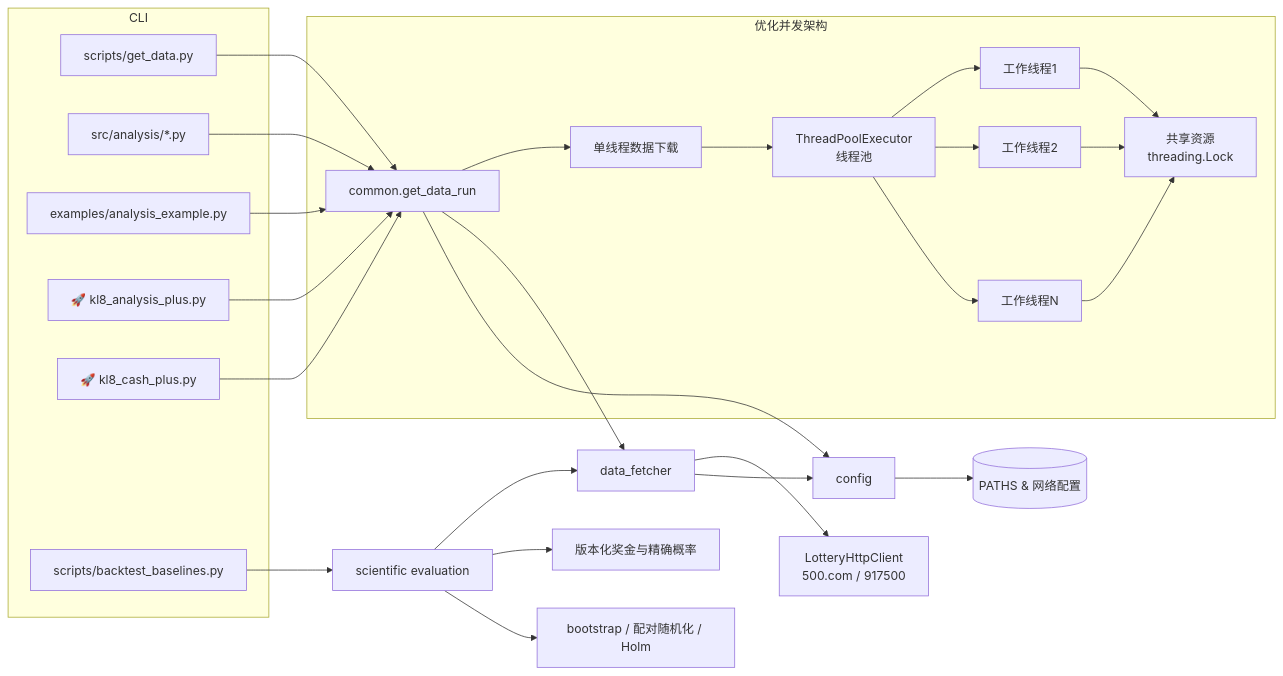
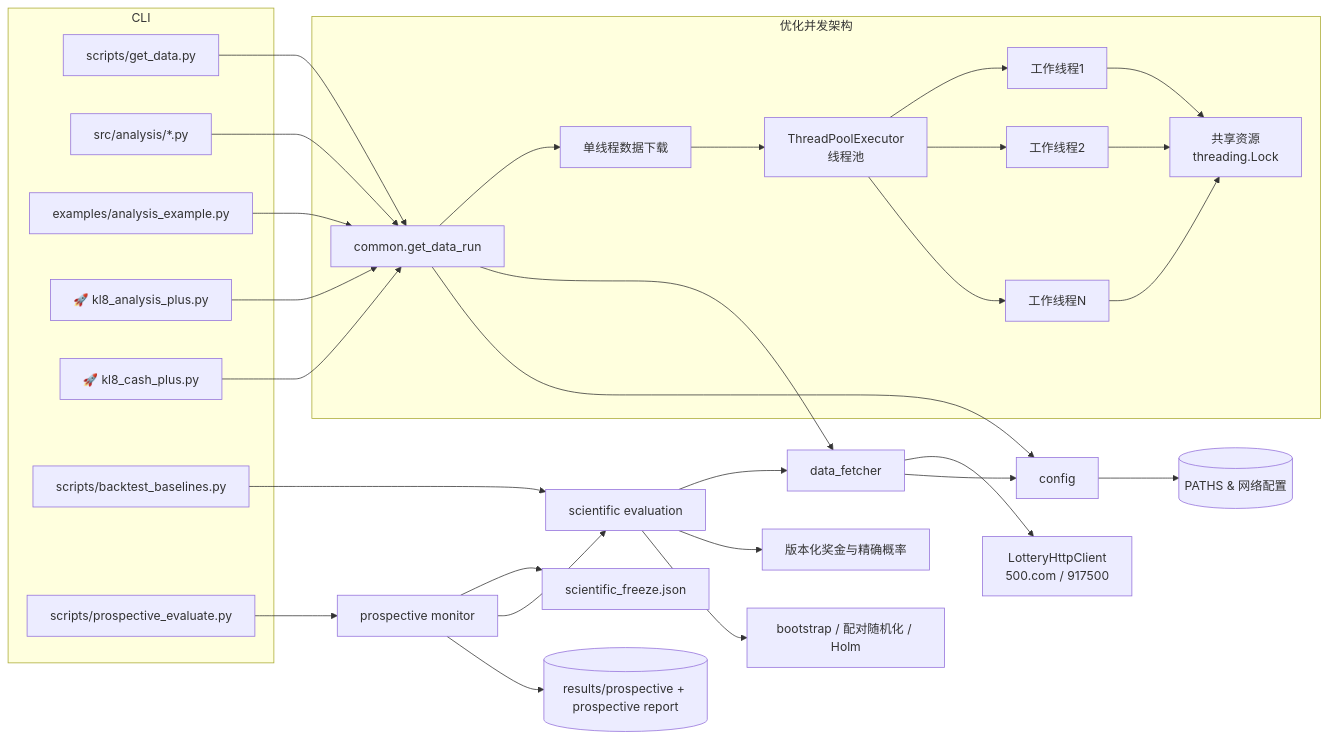
Before and after one commit to xznzz1/kl8-lottery-analyzer: the diagram in docs/architecture.md, drawn with Mermaid. The commit also changed other lines of this file and 15 other files, not shown here.

````diff
--- a/docs/architecture.md
+++ b/docs/architecture.md
@@ -3,40 +3,45 @@
 ```mermaid
 flowchart LR
     subgraph CLI
         A[scripts/get_data.py]
         B[src/analysis/*.py]
         C[examples/analysis_example.py]
         D[🚀 kl8_analysis_plus.py]
         E[🚀 kl8_cash_plus.py]
         F[scripts/backtest_baselines.py]
+        G[scripts/prospective_evaluate.py]
     end
 
     A --> COM[common.get_data_run]
     B --> COM
     C --> COM
     D --> COM
     E --> COM
     F --> SCI[scientific evaluation]
+    G --> PRO[prospective monitor]
 
     subgraph "优化并发架构"
         COM --> DOWNLOAD[单线程数据下载]
         DOWNLOAD --> THREAD_POOL[ThreadPoolExecutor<br/>线程池]
         THREAD_POOL --> WORKER1[工作线程1]
         THREAD_POOL --> WORKER2[工作线程2]
         THREAD_POOL --> WORKERN[工作线程N]
         
         WORKER1 --> SHARED[共享资源<br/>threading.Lock]
         WORKER2 --> SHARED
         WORKERN --> SHARED
     end
 
     COM --> DF[data_fetcher]
     DF --> HTTP[LotteryHttpClient<br/>500.com / 917500]
     COM --> CFG[config]
     DF --> CFG
     SCI --> DF
     SCI --> PRIZE[版本化奖金与精确概率]
     SCI --> STATS[bootstrap / 配对随机化 / Holm]
+    PRO --> FREEZE[scientific_freeze.json]
+    PRO --> SCI
+    PRO --> PROOUT[(results/prospective + prospective report)]
 
     CFG --> PATHS[(PATHS & 网络配置)]
 ```
````
